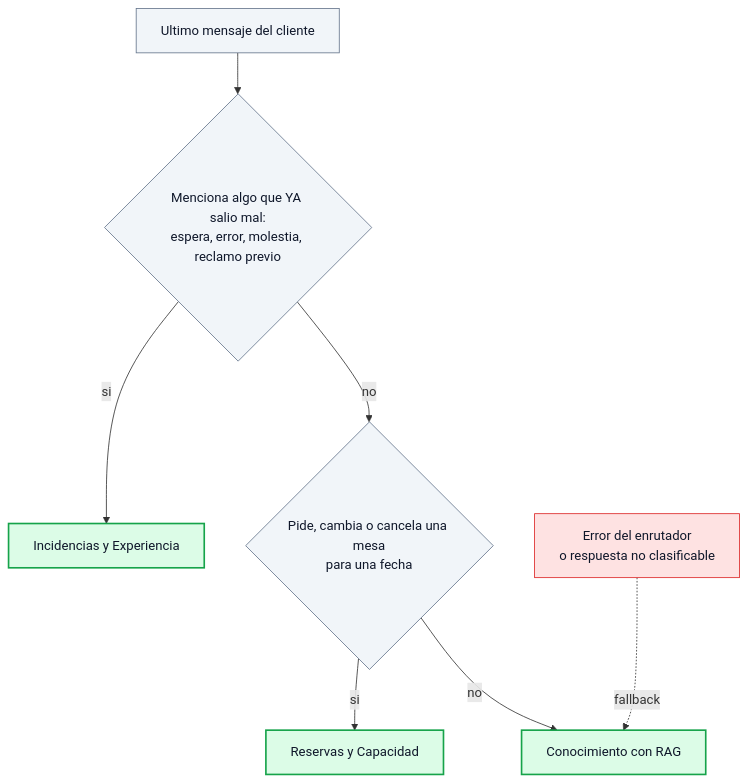
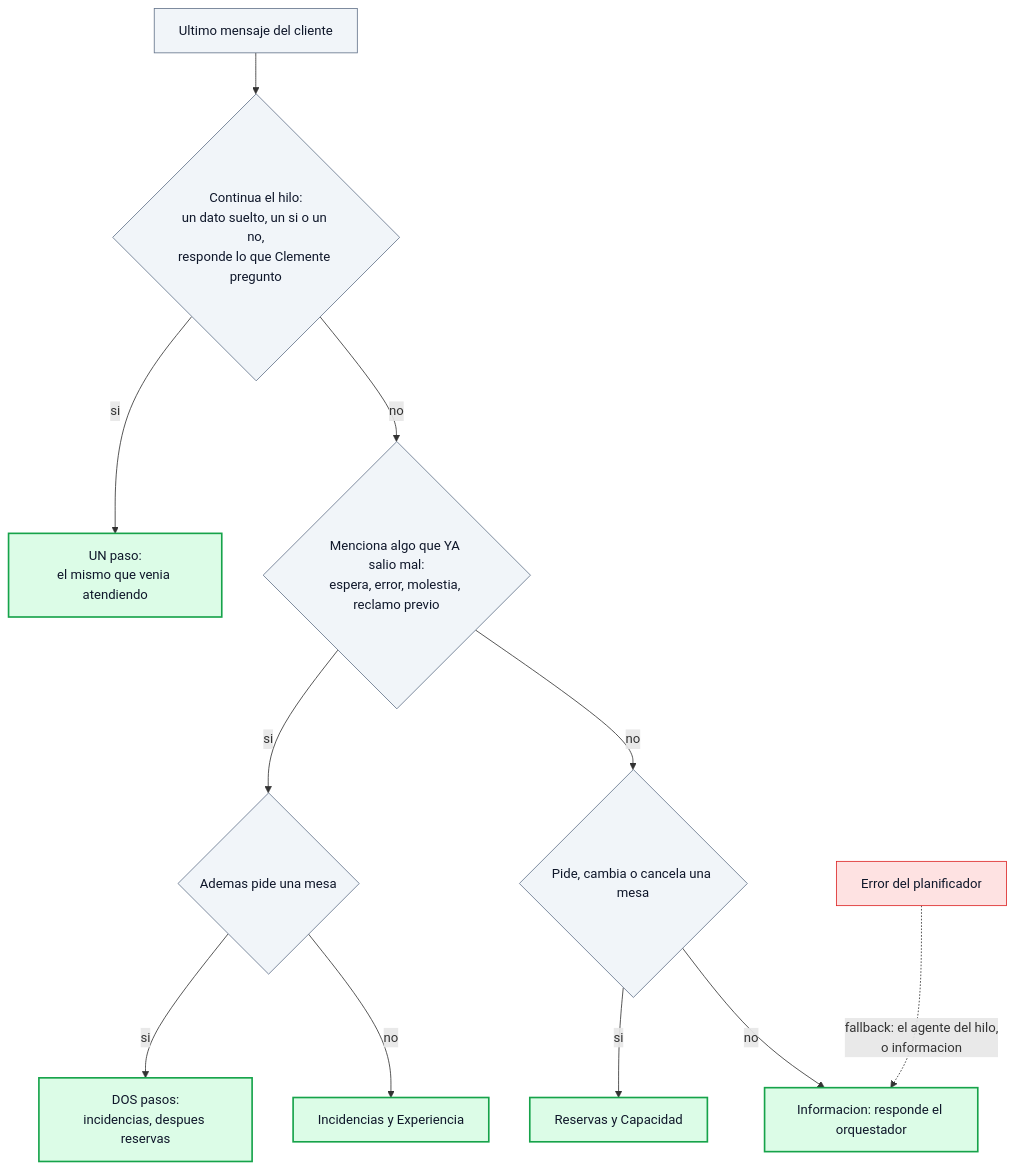
The second of 4 diagrams in Clemente_Multiagente/README.md (JesusBarboza1994/ai_agents_utec), drawn with Mermaid before and after one commit. The commit also changed other lines of this file and 2 other files, not shown here.

````diff
--- a/Clemente_Multiagente/README.md
+++ b/Clemente_Multiagente/README.md
@@ -134,17 +151,21 @@
 ```mermaid
 flowchart TD
-    msg["Ultimo mensaje del cliente"] --> q1{"Menciona algo que YA salio mal:<br/>espera, error, molestia, reclamo previo"}
-    q1 -->|"si"| inc["Incidencias y Experiencia"]
-    q1 -->|"no"| q2{"Pide, cambia o cancela una mesa<br/>para una fecha"}
+    msg["Ultimo mensaje del cliente"] --> q0{"Continua el hilo:<br/>un dato suelto, un si o un no,<br/>responde lo que Clemente pregunto"}
+    q0 -->|"si"| mismo["UN paso:<br/>el mismo que venia atendiendo"]
+    q0 -->|"no"| q1{"Menciona algo que YA salio mal:<br/>espera, error, molestia, reclamo previo"}
+    q1 -->|"si"| q1b{"Ademas pide una mesa"}
+    q1b -->|"si"| dos["DOS pasos:<br/>incidencias, despues reservas"]
+    q1b -->|"no"| inc["Incidencias y Experiencia"]
+    q1 -->|"no"| q2{"Pide, cambia o cancela una mesa"}
     q2 -->|"si"| res["Reservas y Capacidad"]
-    q2 -->|"no"| con["Conocimiento con RAG"]
+    q2 -->|"no"| info["Informacion: responde el orquestador"]
 
-    err["Error del enrutador<br/>o respuesta no clasificable"] -.->|"fallback"| con
+    err["Error del planificador"] -.->|"fallback: el agente del hilo,<br/>o informacion"| info
 
     classDef agente fill:#dcfce7,stroke:#16a34a,stroke-width:2px,color:#0f172a
     classDef pregunta fill:#f1f5f9,stroke:#64748b,color:#0f172a
     classDef fallo fill:#fee2e2,stroke:#dc2626,color:#0f172a
-    class inc,res,con agente
-    class msg,q1,q2 pregunta
+    class inc,res,info,dos,mismo agente
+    class msg,q0,q1,q1b,q2 pregunta
     class err fallo
 ```
````
